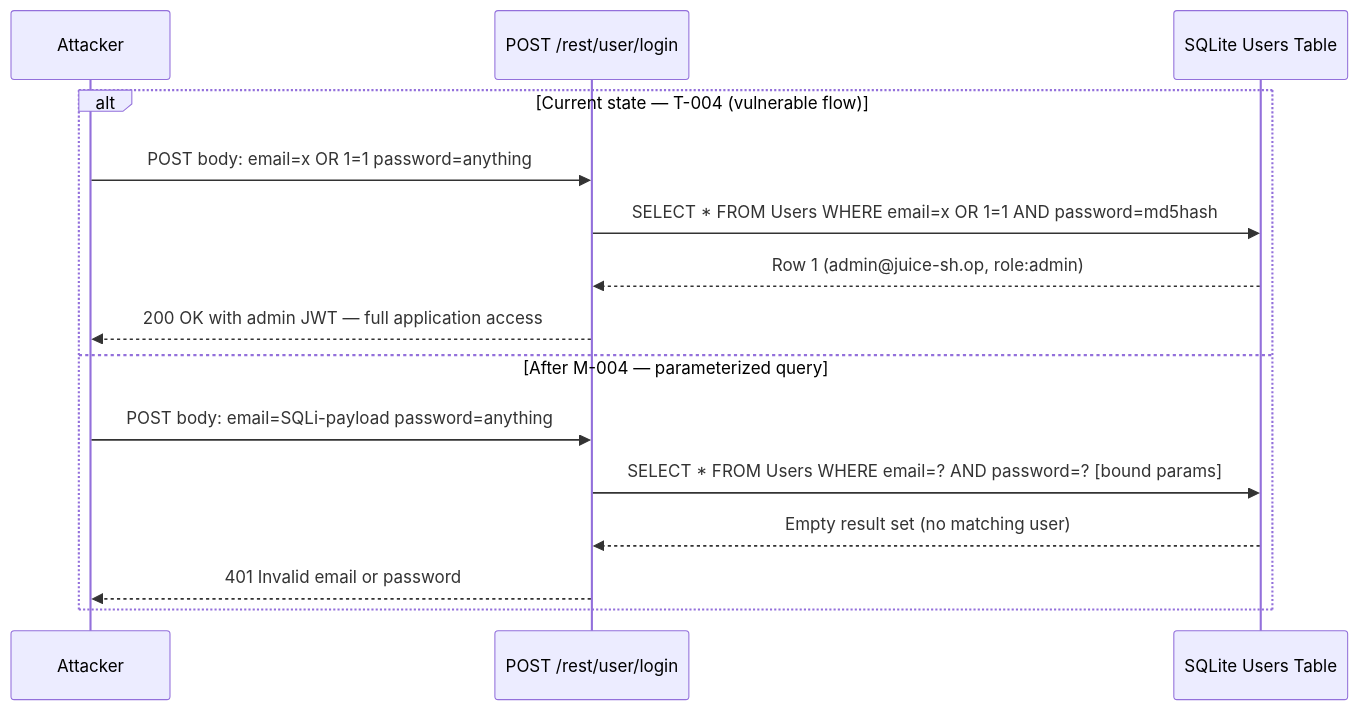
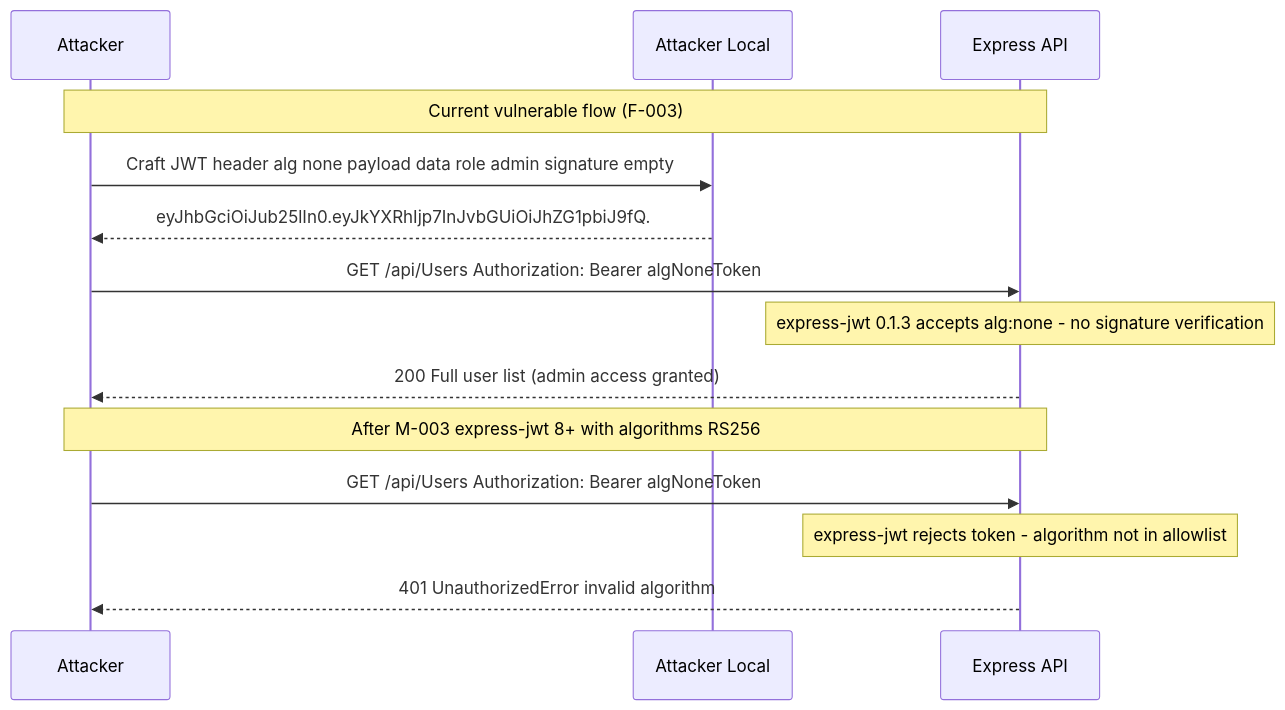
The eighth of 17 diagrams in examples/juice-shop/threat-model-juiceshop-thorough.md (appsec-foundry/appsec-advisor), drawn with Mermaid before and after one commit. The commit also changed other lines of this file and 12 other files, not shown here.

Commit message:
new schema & quality enforcement implemented

````diff
--- a/examples/juice-shop/threat-model-juiceshop-thorough.md
+++ b/examples/juice-shop/threat-model-juiceshop-thorough.md
@@ -519,18 +665,18 @@
 ```mermaid
 sequenceDiagram
-    participant ATTACKER as Attacker
-    participant LOGIN as POST /rest/user/login
-    participant DB as SQLite Users Table
+    participant A as Attacker
+    participant LOCAL as Attacker Local
+    participant API as Express API
 
-    alt Current state — T-004 (vulnerable flow)
-        ATTACKER->>LOGIN: POST body: email=x OR 1=1 password=anything
-        LOGIN->>DB: SELECT * FROM Users WHERE email=x OR 1=1 AND password=md5hash
-        DB-->>LOGIN: Row 1 (admin@juice-sh.op, role:admin)
-        LOGIN-->>ATTACKER: 200 OK with admin JWT — full application access
-    else After M-004 — parameterized query
-        ATTACKER->>LOGIN: POST body: email=SQLi-payload password=anything
-        LOGIN->>DB: SELECT * FROM Users WHERE email=? AND password=? [bound params]
-        DB-->>LOGIN: Empty result set (no matching user)
-        LOGIN-->>ATTACKER: 401 Invalid email or password
-    end
+    Note over A,API: Current vulnerable flow (F-003)
+    A->>LOCAL: Craft JWT header alg none payload data role admin signature empty
+    LOCAL-->>A: eyJhbGciOiJub25lIn0.eyJkYXRhIjp7InJvbGUiOiJhZG1pbiJ9fQ.
+    A->>API: GET /api/Users Authorization: Bearer algNoneToken
+    Note over API: express-jwt 0.1.3 accepts alg:none - no signature verification
+    API-->>A: 200 Full user list (admin access granted)
+
+    Note over A,API: After M-003 express-jwt 8+ with algorithms RS256
+    A->>API: GET /api/Users Authorization: Bearer algNoneToken
+    Note over API: express-jwt rejects token - algorithm not in allowlist
+    API-->>A: 401 UnauthorizedError invalid algorithm
 ```
````
